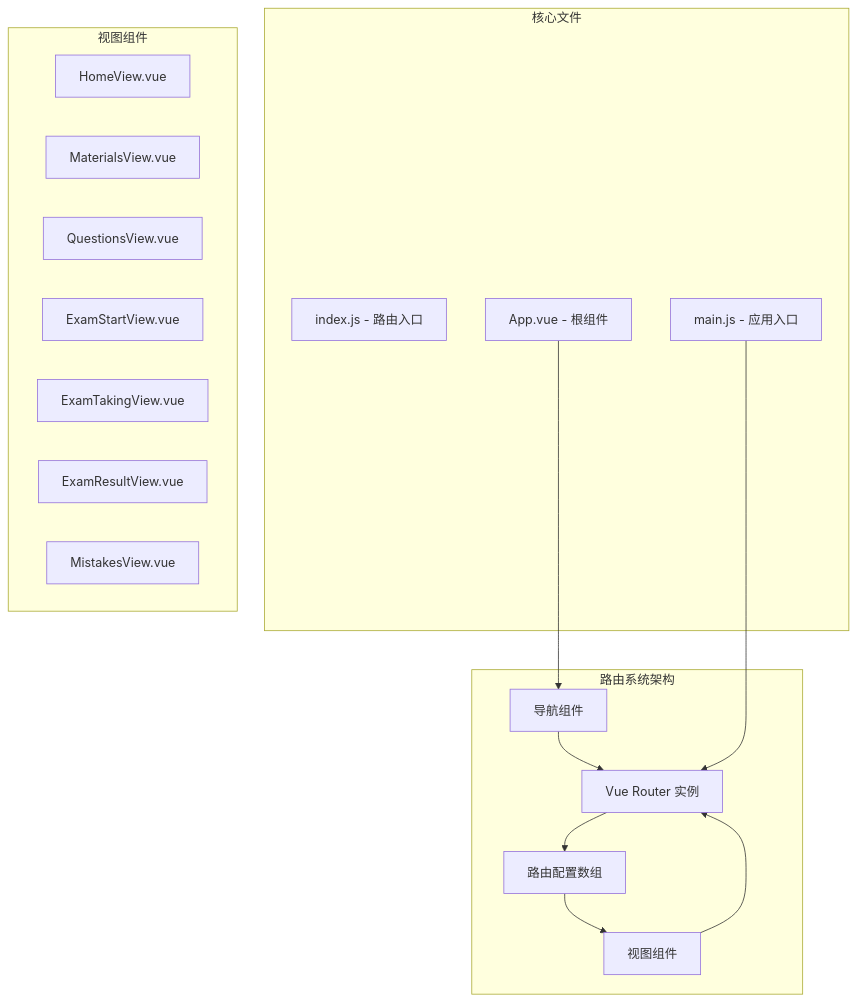
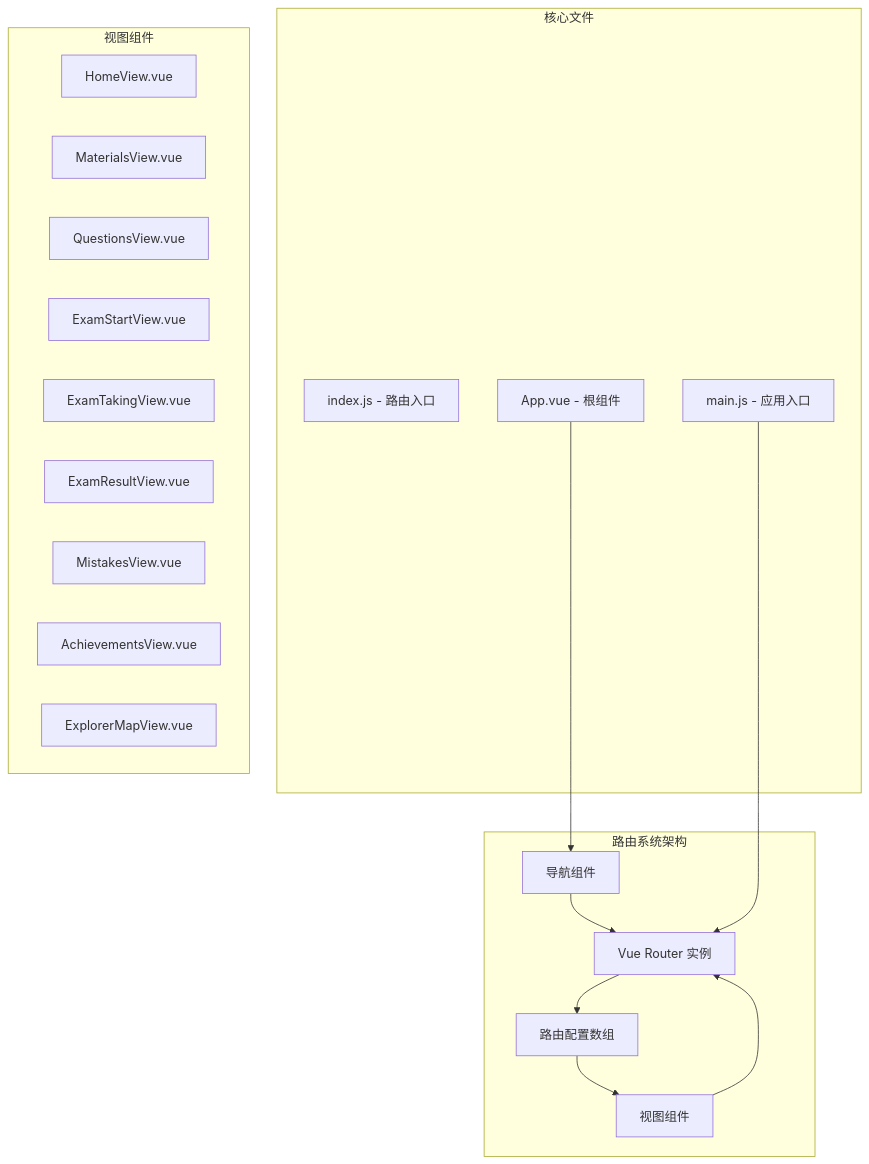
The first of 9 diagrams in .qoder/repowiki/zh/content/前端应用架构/路由系统.md (zhiwenli-jack/personal-learning-manager), drawn with Mermaid before and after one commit. The commit also changed other lines of this file and 20 other files, not shown here.

````diff
--- a/.qoder/repowiki/zh/content/前端应用架构/路由系统.md
+++ b/.qoder/repowiki/zh/content/前端应用架构/路由系统.md
@@ -41,29 +52,31 @@
 ```mermaid
 graph TB
 subgraph "路由系统架构"
 Router[Vue Router 实例]
 Routes[路由配置数组]
 Components[视图组件]
 Navigation[导航组件]
 end
 subgraph "核心文件"
 Index[index.js - 路由入口]
 Main[main.js - 应用入口]
 App[App.vue - 根组件]
 end
 subgraph "视图组件"
 Home[HomeView.vue]
 Materials[MaterialsView.vue]
 Questions[QuestionsView.vue]
 ExamStart[ExamStartView.vue]
 ExamTaking[ExamTakingView.vue]
 ExamResult[ExamResultView.vue]
 Mistakes[MistakesView.vue]
+Achievements[AchievementsView.vue]
+ExplorerMap[ExplorerMapView.vue]
 end
 Router --> Routes
 Routes --> Components
 Navigation --> Router
 Main --> Router
 App --> Navigation
 Components --> Router
 ```
````
